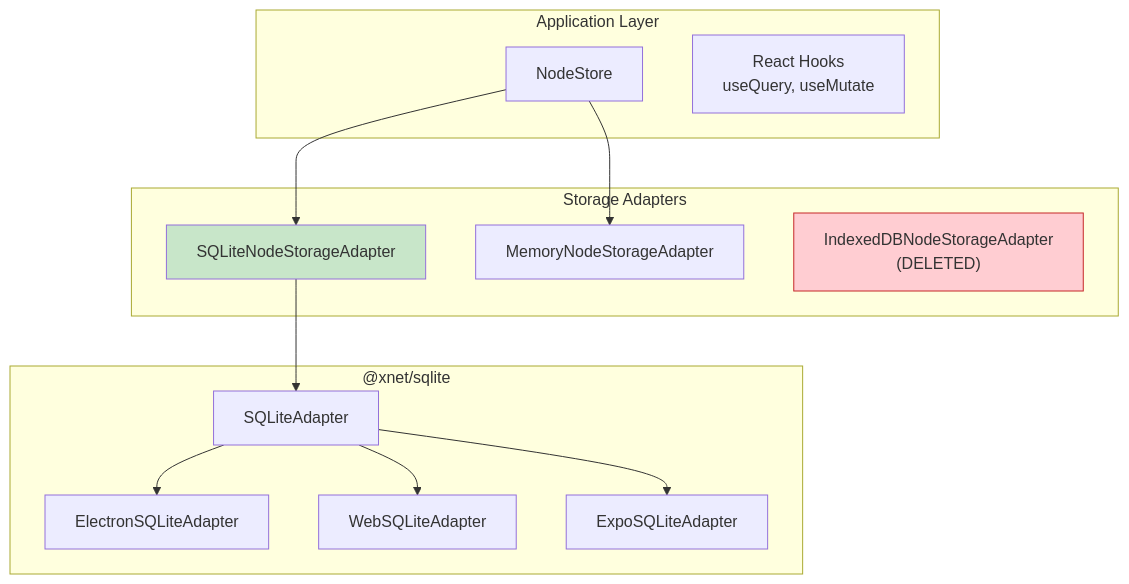
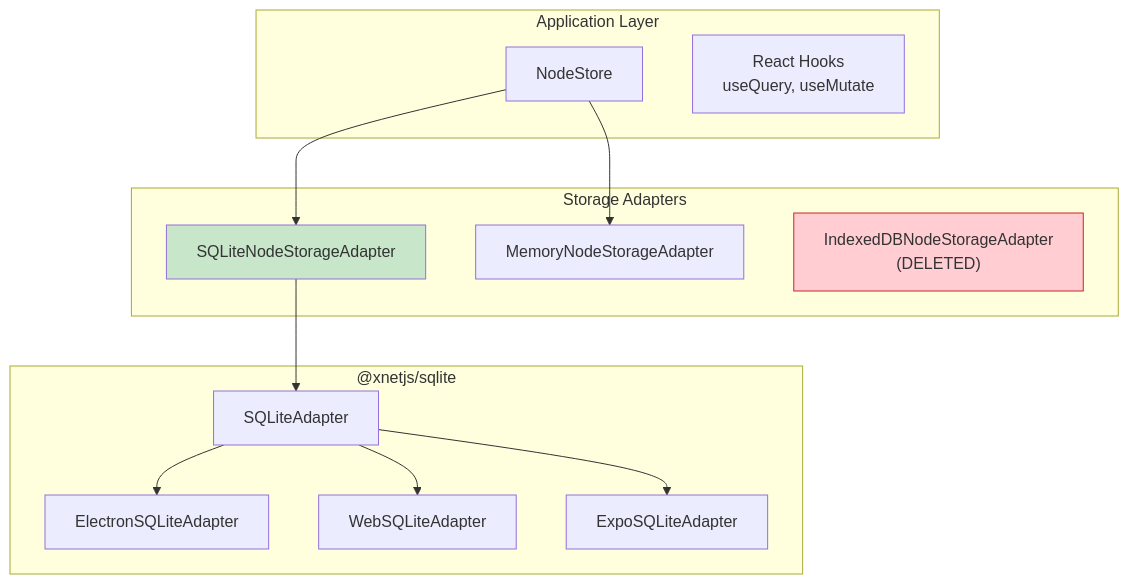
Before and after one commit to crs48/xNet: the diagram in docs/plans/plan03_9_5IndexedDBToSQLite/06-nodestore-sqlite-adapter.md, drawn with Mermaid. The commit also changed other lines of this file and 980 other files, not shown here.

````diff
--- a/docs/plans/plan03_9_5IndexedDBToSQLite/06-nodestore-sqlite-adapter.md
+++ b/docs/plans/plan03_9_5IndexedDBToSQLite/06-nodestore-sqlite-adapter.md
@@ -20,31 +20,31 @@
 ```mermaid
 flowchart TB
     subgraph "Application Layer"
         NS["NodeStore"]
         HOOKS["React Hooks<br/>useQuery, useMutate"]
     end
 
     subgraph "Storage Adapters"
         SQLITE_ADAPTER["SQLiteNodeStorageAdapter"]
         MEMORY_ADAPTER["MemoryNodeStorageAdapter"]
         IDB_ADAPTER["IndexedDBNodeStorageAdapter<br/>(DELETED)"]
     end
 
-    subgraph "@xnet/sqlite"
+    subgraph "@xnetjs/sqlite"
         ADAPTER["SQLiteAdapter"]
         ELECTRON["ElectronSQLiteAdapter"]
         WEB["WebSQLiteAdapter"]
         EXPO["ExpoSQLiteAdapter"]
     end
 
     NS --> SQLITE_ADAPTER
     NS --> MEMORY_ADAPTER
 
     SQLITE_ADAPTER --> ADAPTER
     ADAPTER --> ELECTRON
     ADAPTER --> WEB
     ADAPTER --> EXPO
 
     style IDB_ADAPTER fill:#ffcdd2,stroke:#c62828
     style SQLITE_ADAPTER fill:#c8e6c9
 ```
````
